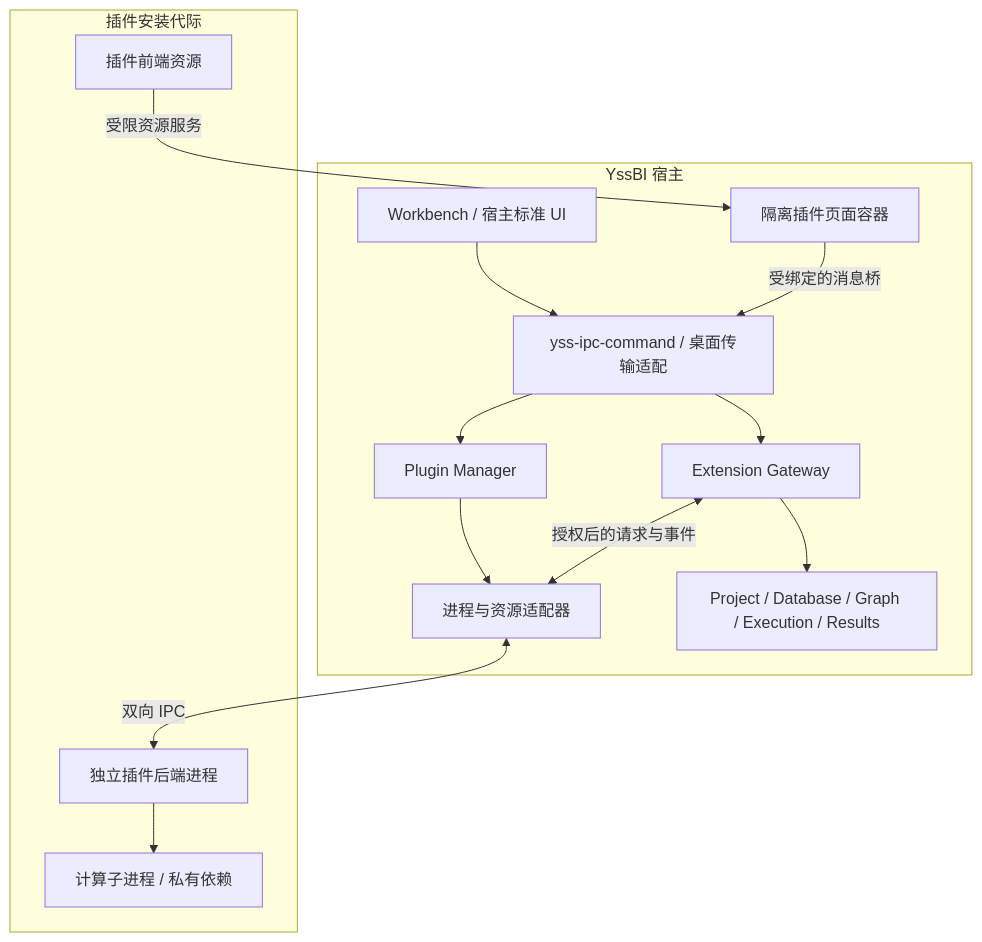
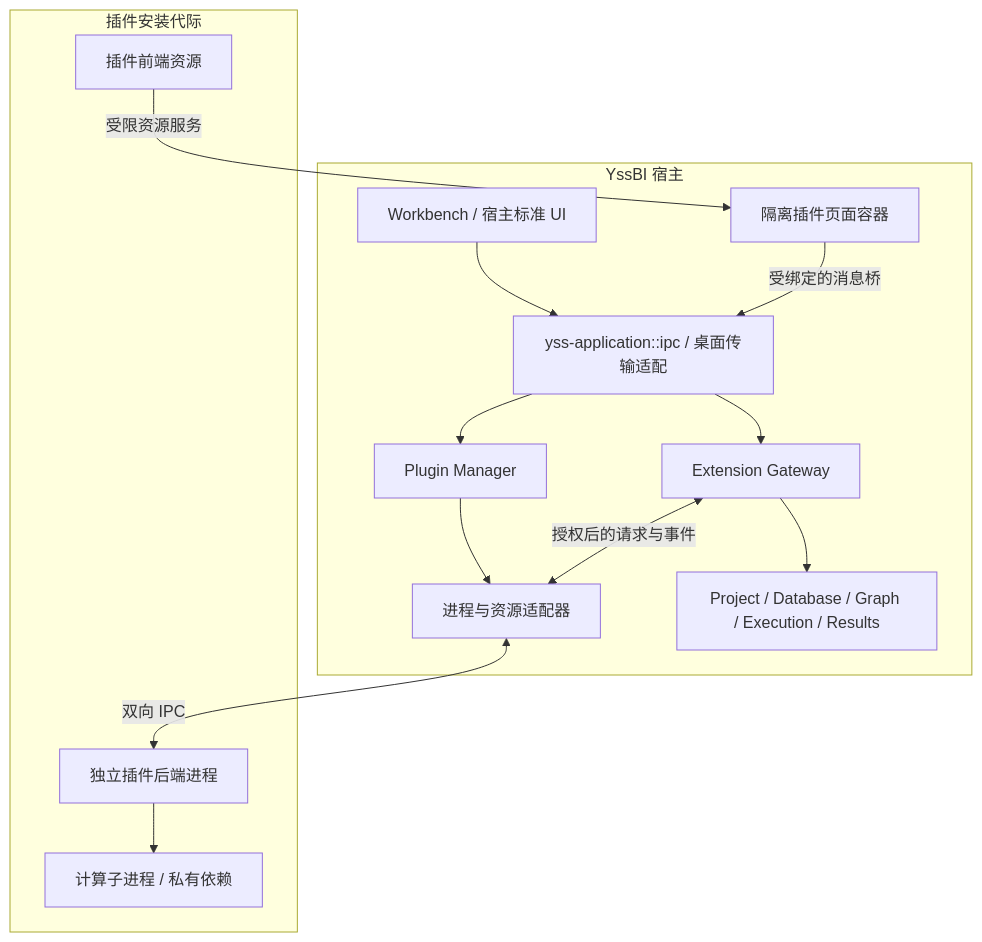
One commit to zhouyi207/YssBI changed the diagram in docs/architecture/PLUGIN.md. Above: the diagram before and after it, drawn with Mermaid. The commit also changed other lines of this file and 18 other files, not shown here.

Commit message:
docs(architecture): document application composition and crate roles

````diff
--- a/docs/architecture/PLUGIN.md
+++ b/docs/architecture/PLUGIN.md
@@ -32,27 +32,27 @@
 ```mermaid
 flowchart TB
   subgraph Host["YssBI 宿主"]
     UI["Workbench / 宿主标准 UI"]
     Webview["隔离插件页面容器"]
-    Transport["yss-ipc-command / 桌面传输适配"]
+    Transport["yss-application::ipc / 桌面传输适配"]
     Manager["Plugin Manager"]
     Gateway["Extension Gateway"]
     Runner["进程与资源适配器"]
     Core["Project / Database / Graph / Execution / Results"]
     UI --> Transport
     Webview -->|"受绑定的消息桥"| Transport
     Transport --> Manager
     Transport --> Gateway
     Manager --> Runner
     Gateway --> Core
   end
   subgraph Extension["插件安装代际"]
     Process["独立插件后端进程"]
     Assets["插件前端资源"]
     Worker["计算子进程 / 私有依赖"]
     Process --> Worker
   end
   Runner <-->|"双向 IPC"| Process
   Gateway <-->|"授权后的请求与事件"| Runner
   Assets -->|"受限资源服务"| Webview
 ```
````
